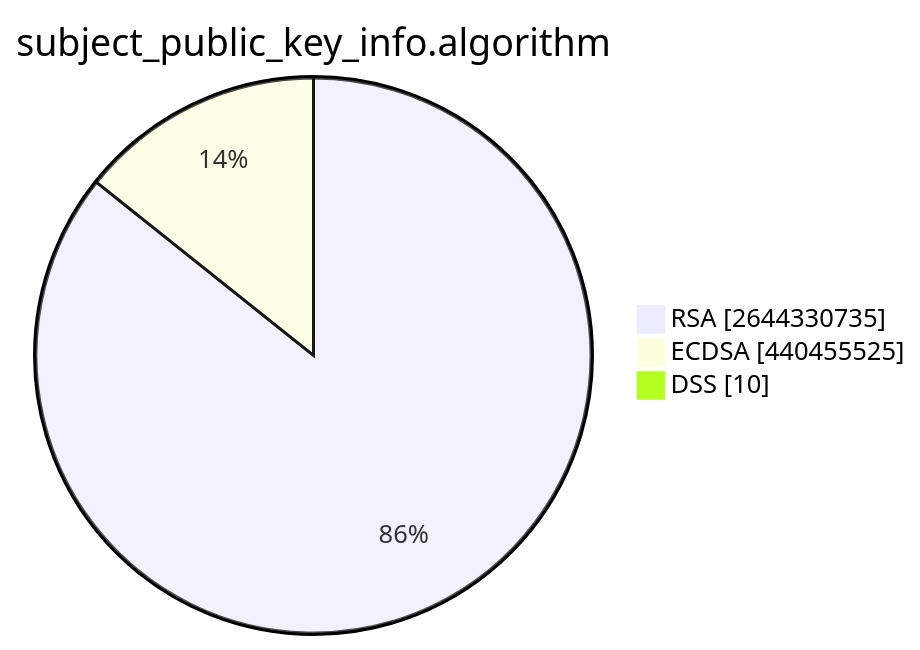
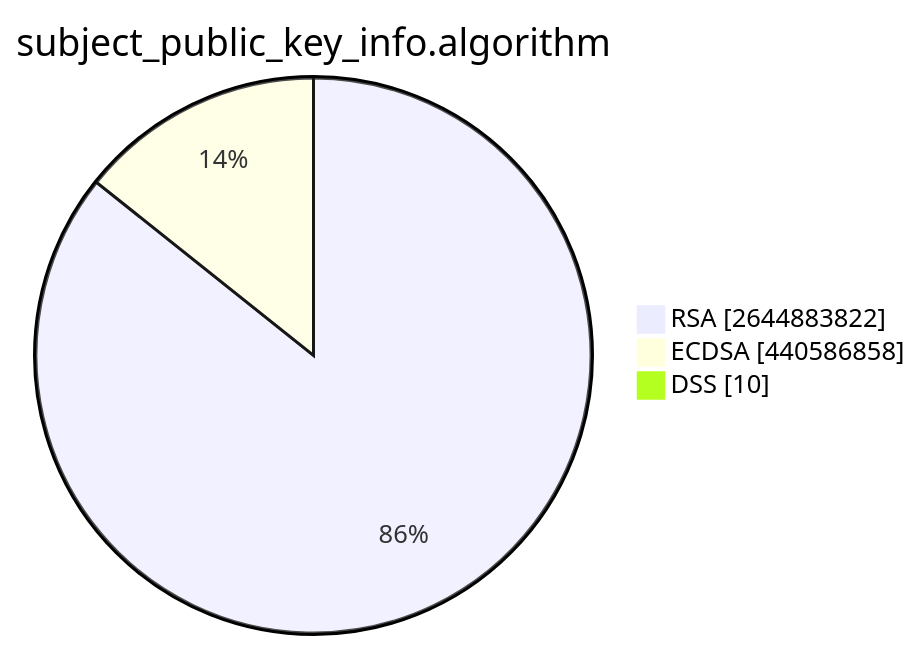
Before and after one commit to christiankrug/ctmonitor_visualization: the second of 15 diagrams in TOTAL/README.md, drawn with Mermaid. The commit also changed other lines of this file, not shown here.

````diff
--- a/TOTAL/README.md
+++ b/TOTAL/README.md
@@ -6,7 +6,7 @@
 ```mermaid
 pie showData
 title subject_public_key_info.algorithm
-"RSA" :2644330735
-"ECDSA" :440455525
+"RSA" :2644883822
+"ECDSA" :440586858
 "DSS" :10
 ```
````
